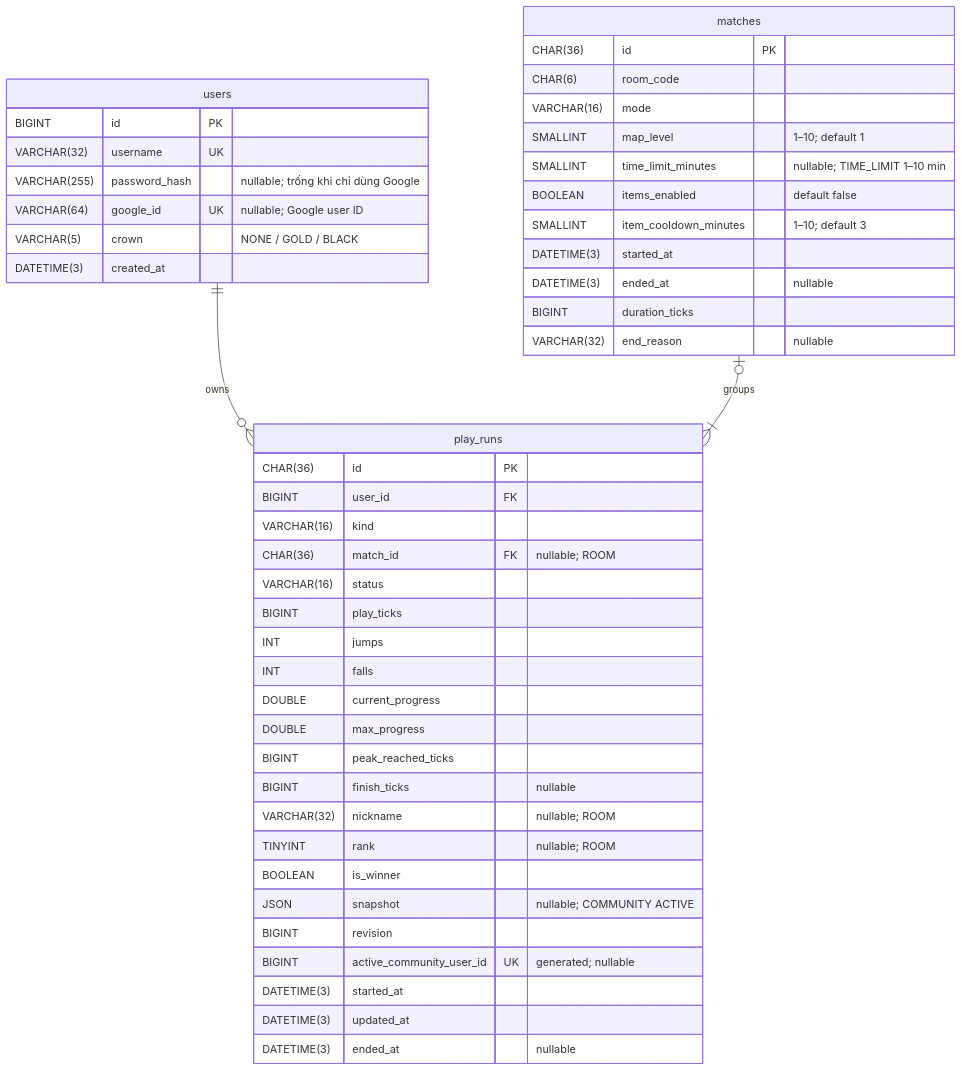
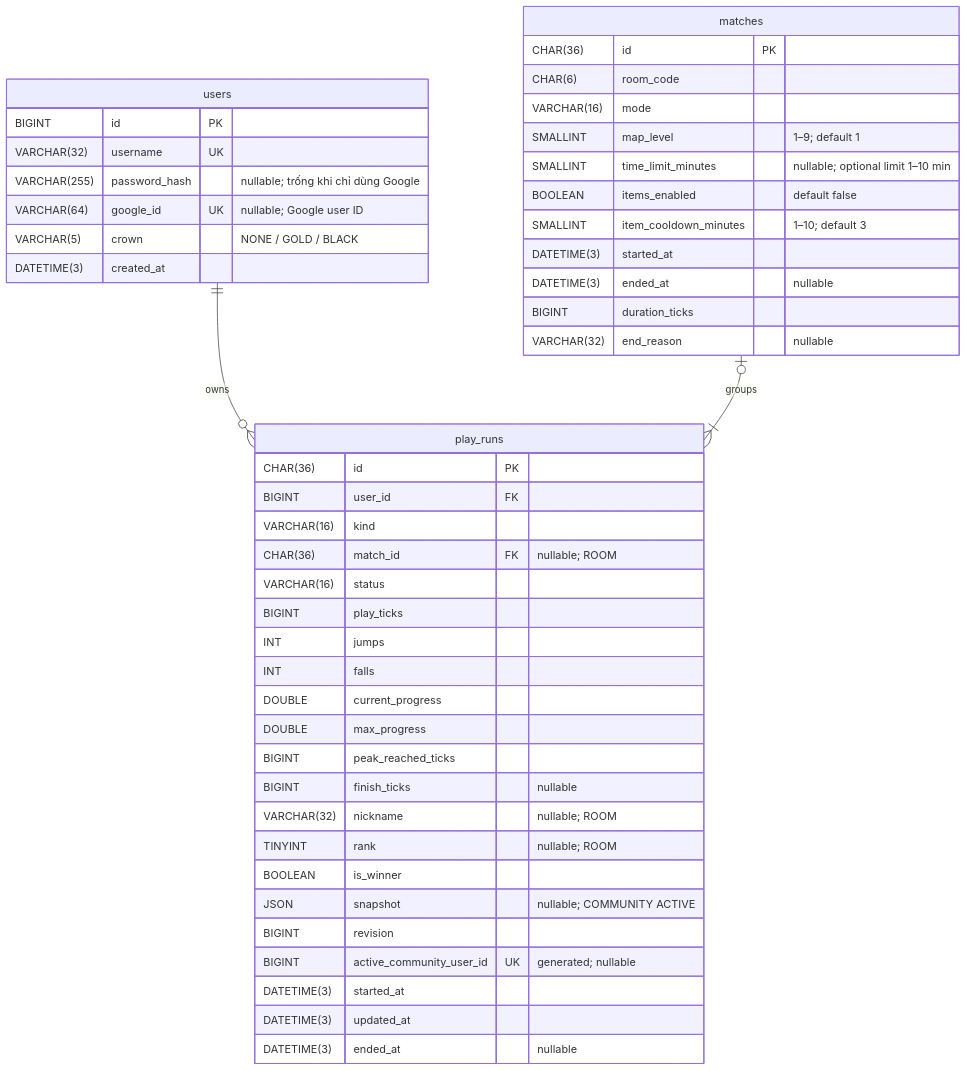
The diagram in docs/data.md (nvbangg/JumpKing-Multiplayer), drawn with Mermaid before and after one commit. The commit also changed other lines of this file and 44 other files, not shown here.

Commit message:
Sửa đích map Room và cấu hình Mockito, Tách giới hạn thời gian khỏi mode Room và Dùng dropdown cho Time Limit và Items

````diff
--- a/docs/data.md
+++ b/docs/data.md
@@ -13,49 +13,49 @@
 ```mermaid
 erDiagram
     users ||--o{ play_runs : owns
     matches o|--|{ play_runs : groups
     users {
         BIGINT id PK
         VARCHAR(32) username UK
         VARCHAR(255) password_hash "nullable; trống khi chỉ dùng Google"
         VARCHAR(64) google_id UK "nullable; Google user ID"
         VARCHAR(5) crown "NONE / GOLD / BLACK"
         DATETIME(3) created_at
     }
     play_runs {
         CHAR(36) id PK
         BIGINT user_id FK
         VARCHAR(16) kind
         CHAR(36) match_id FK "nullable; ROOM"
         VARCHAR(16) status
         BIGINT play_ticks
         INT jumps
         INT falls
         DOUBLE current_progress
         DOUBLE max_progress
         BIGINT peak_reached_ticks
         BIGINT finish_ticks "nullable"
         VARCHAR(32) nickname "nullable; ROOM"
         TINYINT rank "nullable; ROOM"
         BOOLEAN is_winner
         JSON snapshot "nullable; COMMUNITY ACTIVE"
         BIGINT revision
         BIGINT active_community_user_id UK "generated; nullable"
         DATETIME(3) started_at
         DATETIME(3) updated_at
         DATETIME(3) ended_at "nullable"
     }
     matches {
         CHAR(36) id PK
         CHAR(6) room_code
         VARCHAR(16) mode
-        SMALLINT map_level "1–10; default 1"
-        SMALLINT time_limit_minutes "nullable; TIME_LIMIT 1–10 min"
+        SMALLINT map_level "1–9; default 1"
+        SMALLINT time_limit_minutes "nullable; optional limit 1–10 min"
         BOOLEAN items_enabled "default false"
         SMALLINT item_cooldown_minutes "1–10; default 3"
         DATETIME(3) started_at
         DATETIME(3) ended_at "nullable"
         BIGINT duration_ticks
         VARCHAR(32) end_reason "nullable"
     }
 ```
````
